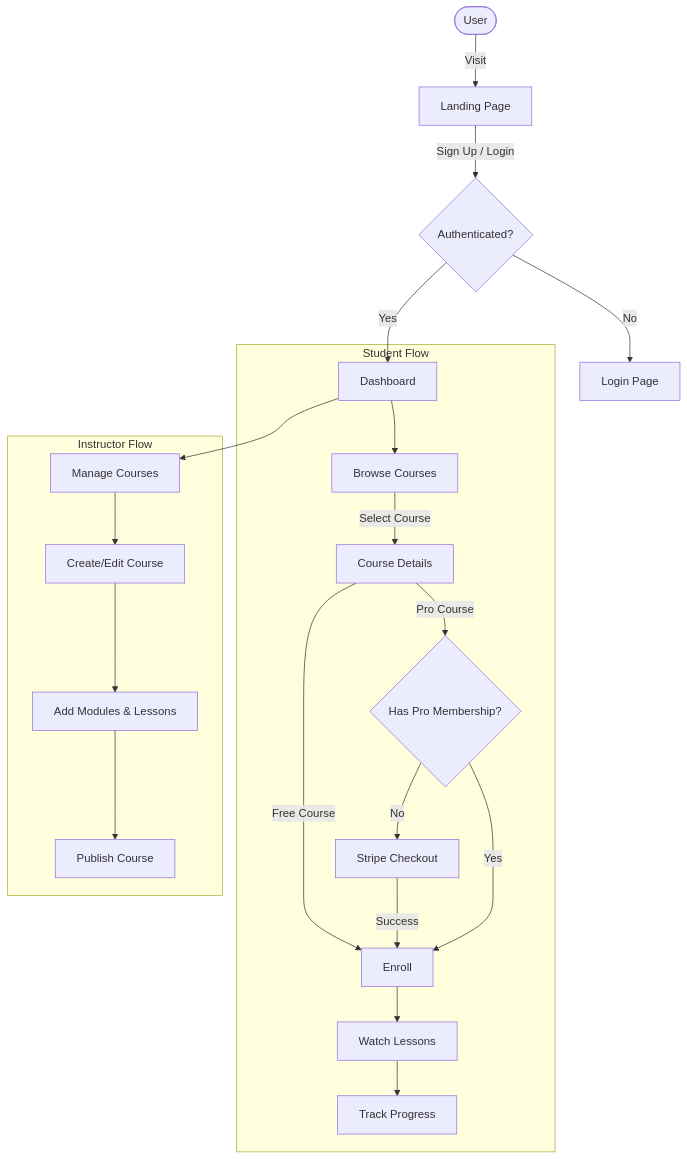
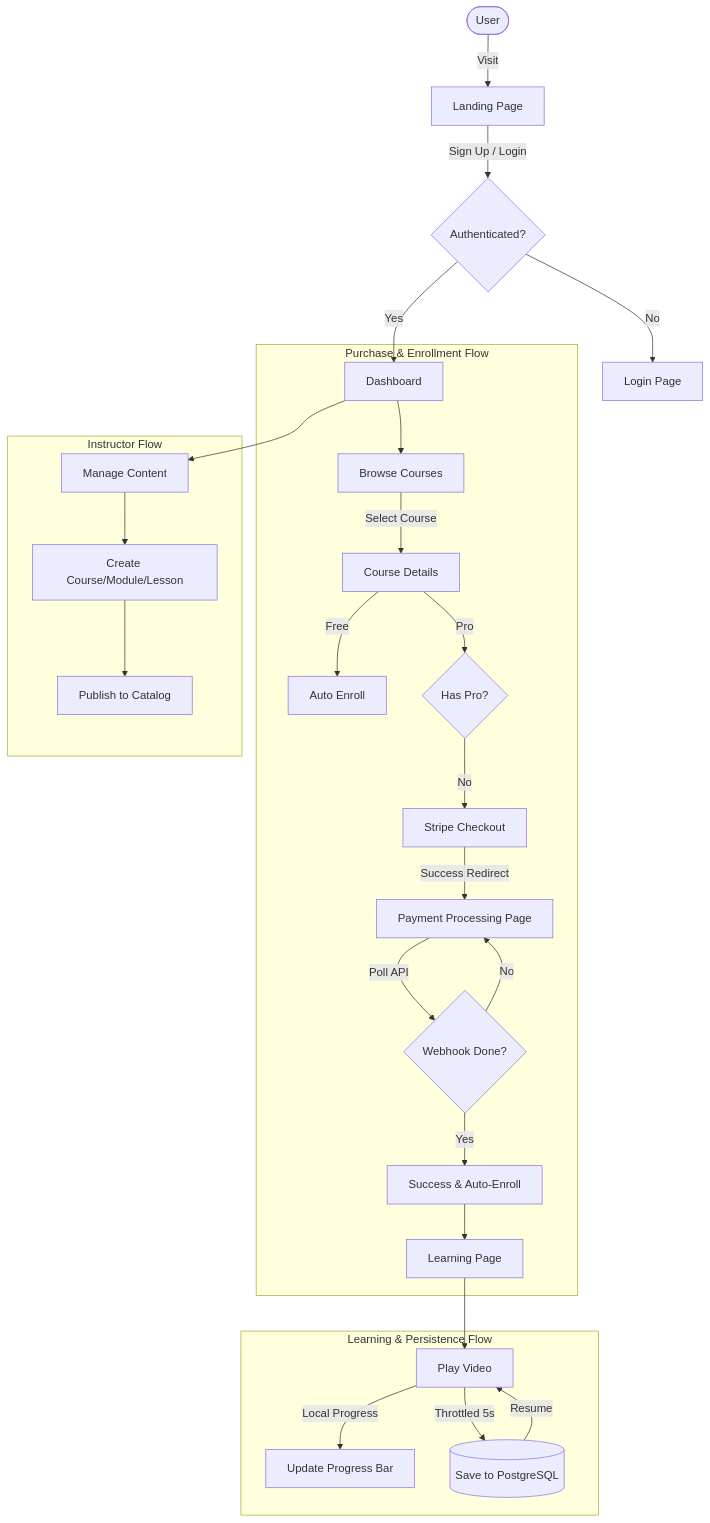
The diagram in README.md (burakozarslan/online_courses), drawn with Mermaid before and after one commit. The commit also changed other lines of this file, not shown here.

````diff
--- a/README.md
+++ b/README.md
@@ -55,26 +27,33 @@
 ```mermaid
 graph TD
     User([User]) -->|Visit| Landing[Landing Page]
     Landing -->|Sign Up / Login| Auth{Authenticated?}
     Auth -- No --> Login[Login Page]
     Auth -- Yes --> Dashboard[Dashboard]
-    
-    subgraph Student Flow
+
+    subgraph "Purchase & Enrollment Flow"
         Dashboard --> Browse[Browse Courses]
-        Browse -->|Select Course| CourseDetails[Course Details]
-        CourseDetails -->|Free Course| Enroll[Enroll]
-        CourseDetails -->|Pro Course| Subscription{Has Pro Membership?}
-        Subscription -- No --> Checkout[Stripe Checkout]
-        Checkout -->|Success| Enroll
-        Subscription -- Yes --> Enroll
-        Enroll --> Watch[Watch Lessons]
-        Watch --> Progress[Track Progress]
+        Browse -->|Select Course| Details[Course Details]
+        Details -->|Free| Enroll[Auto Enroll]
+        Details -->|Pro| CheckSub{Has Pro?}
+        CheckSub -- No --> Stripe[Stripe Checkout]
+        Stripe -->|Success Redirect| Polling[Payment Processing Page]
+        Polling -->|Poll API| CheckDB{Webhook Done?}
+        CheckDB -- No --> Polling
+        CheckDB -- Yes --> Success[Success & Auto-Enroll]
+        Success --> Learning
     end
 
-    subgraph Instructor Flow
-        Dashboard --> Manage[Manage Courses]
-        Manage --> Create[Create/Edit Course]
-        Create --> AddContent[Add Modules & Lessons]
-        AddContent --> Publish[Publish Course]
+    subgraph "Learning & Persistence Flow"
+        Learning[Learning Page] --> Play[Play Video]
+        Play -->|Local Progress| UI[Update Progress Bar]
+        Play -->|Throttled 5s| DB[(Save to PostgreSQL)]
+        DB -->|Resume| Play
+    end
+
+    subgraph "Instructor Flow"
+        Dashboard --> Manage[Manage Content]
+        Manage --> Create[Create Course/Module/Lesson]
+        Create --> Publish[Publish to Catalog]
     end
 ```
````
